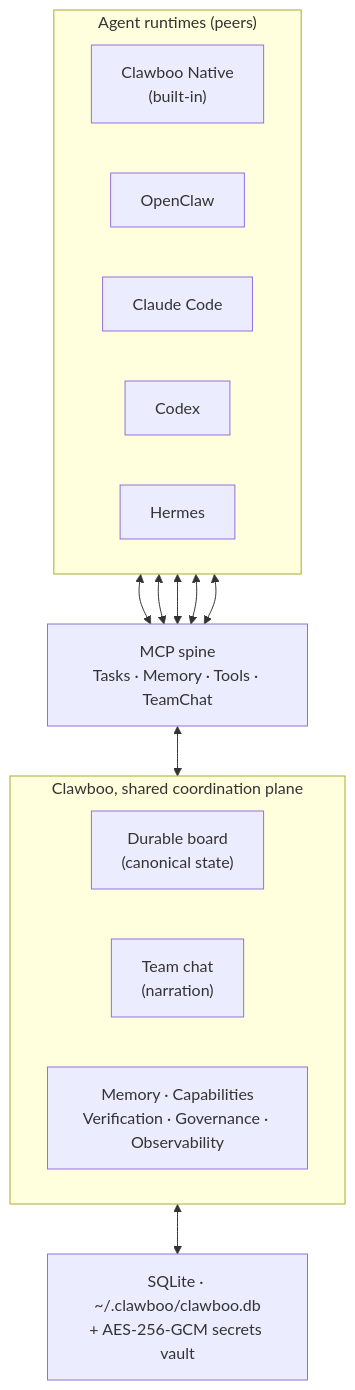
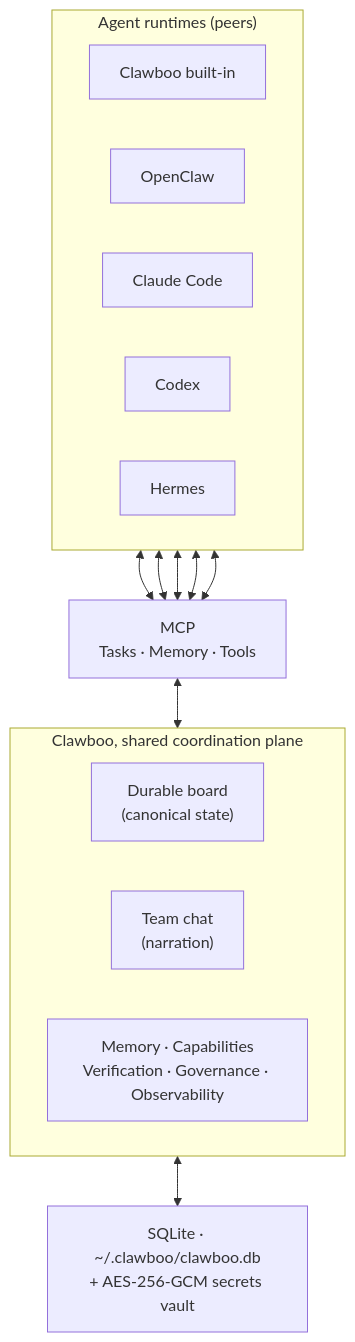
Before and after one commit to clawboo/clawboo: the diagram in README.md, drawn with Mermaid. The commit also changed other lines of this file and 64 other files, not shown here.

First line of the commit message:
feat(graph): add Boo ports, activity dock, capability groups, and graph controls (#223)

````diff
--- a/README.md
+++ b/README.md
@@ -113,30 +191,30 @@
 ```mermaid
 graph TD
     subgraph RT["Agent runtimes (peers)"]
       direction LR
-      Native["Clawboo Native<br/>(built-in)"]
+      Native["Clawboo built-in"]
       OC["OpenClaw"]
       CC["Claude Code"]
       CX["Codex"]
       HM["Hermes"]
     end
 
-    MCP["MCP spine<br/>Tasks · Memory · Tools · TeamChat"]
+    MCP["MCP<br/>Tasks · Memory · Tools"]
 
     subgraph CB["Clawboo, shared coordination plane"]
       direction LR
       Board["Durable board<br/>(canonical state)"]
       Chat["Team chat<br/>(narration)"]
       Plane["Memory · Capabilities<br/>Verification · Governance · Observability"]
     end
 
     Store["SQLite · ~/.clawboo/clawboo.db<br/>+ AES-256-GCM secrets vault"]
 
     Native <--> MCP
     OC <--> MCP
     CC <--> MCP
     CX <--> MCP
     HM <--> MCP
     MCP <--> CB
     CB <--> Store
 ```
````
